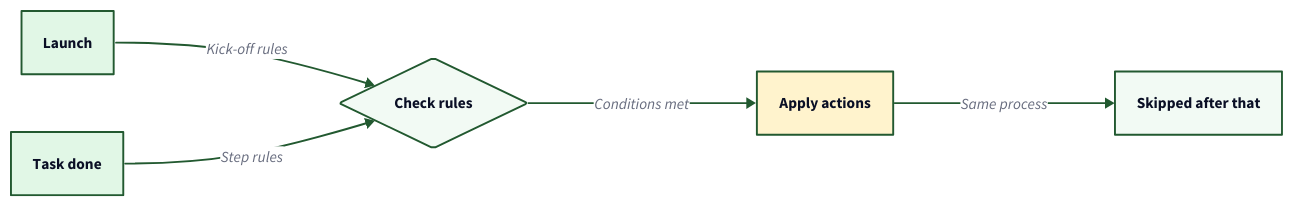
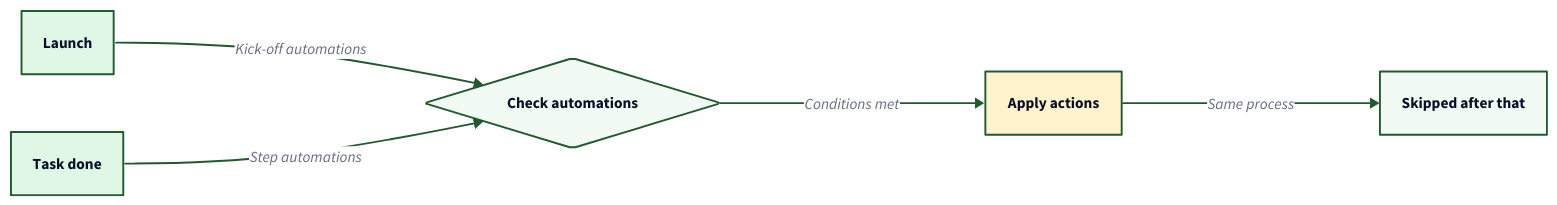
Before and after one commit to tallyfy/documentation: the diagram in src/content/docs/pro/documenting/templates/automations/when-automations-run.mdx, drawn with D2. The commit also changed other lines of this file and 139 other files, not shown here.

````diff
--- a/src/content/docs/pro/documenting/templates/automations/when-automations-run.mdx
+++ b/src/content/docs/pro/documenting/templates/automations/when-automations-run.mdx
@@ -48,47 +46,47 @@
 ```d2
 # The two moments Tallyfy checks an automation
 direction: right
 
 Launch: Launch {
   shape: rectangle
   style.fill: "#e1f7e6"
   style.stroke: "#225930"
 }
 
 Done: Task done {
   shape: rectangle
   style.fill: "#e1f7e6"
   style.stroke: "#225930"
 }
 
-Check: Check rules {
+Check: Check automations {
   shape: diamond
   style.fill: "#f2faf4"
   style.stroke: "#225930"
 }
 
 Apply: Apply actions {
   shape: rectangle
   style.fill: "#fff3cd"
   style.stroke: "#225930"
 }
 
 Never: Skipped after that {
   shape: rectangle
   style.fill: "#f2faf4"
   style.stroke: "#225930"
 }
 
-Launch -> Check: Kick-off rules {
+Launch -> Check: Kick-off automations {
   style.stroke: "#225930"
 }
-Done -> Check: Step rules {
+Done -> Check: Step automations {
   style.stroke: "#225930"
 }
 Check -> Apply: Conditions met {
   style.stroke: "#225930"
 }
 Apply -> Never: Same process {
   style.stroke: "#225930"
 }
 ```
````
